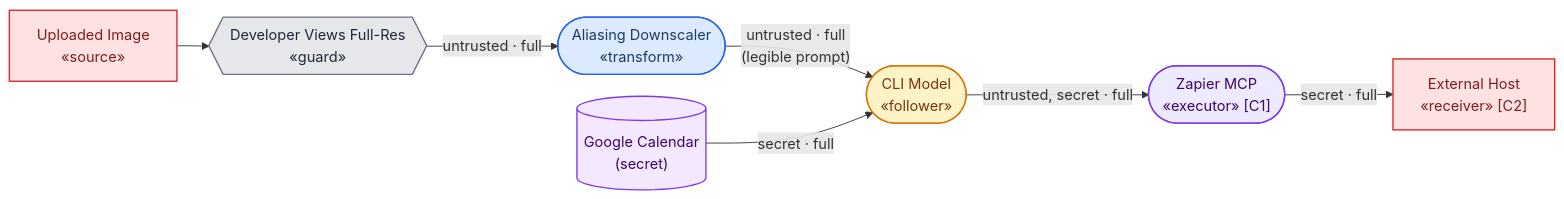
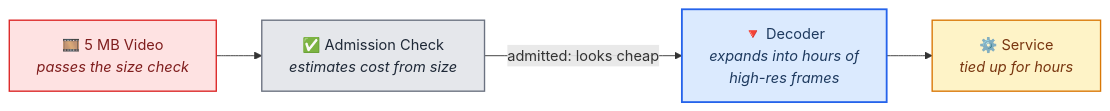
Before and after one commit to cosai-oasis/ws4-secure-design-agentic-systems: the eighth of 8 diagrams in whitepapers/modality_agnostic_taxonomy.md, drawn with Mermaid. The commit also changed other lines of this file, not shown here.

````diff
--- a/whitepapers/modality_agnostic_taxonomy.md
+++ b/whitepapers/modality_agnostic_taxonomy.md
@@ -937,17 +437,14 @@
 ```mermaid
-%%{init: {"flowchart": {"nodeSpacing": 24, "rankSpacing": 35}}}%%
 flowchart LR
-    SRC["Uploaded Image<br/>«source»"]:::src --> USR{{"Developer Views Full-Res<br/>«guard»"}}:::guard
-    USR -- "untrusted · full" --> DSC(["Aliasing Downscaler<br/>«transform»"]):::xform
-    DSC -- "untrusted · full<br/>(legible prompt)" --> LLM(["CLI Model<br/>«follower»"]):::follower
-    CAL[("Google Calendar<br/>(secret)")]:::store -- "secret · full" --> LLM
-    LLM -- "untrusted, secret · full" --> MCP(["Zapier MCP<br/>«executor» [C1]"]):::executor
-    MCP -- "secret · full" --> EXT["External Host<br/>«receiver» [C2]"]:::src
+    VID["🎞️ 5 MB Video<br/><i>passes the size check</i>"]:::src
+    ADM["✅ Admission Check<br/><i>estimates cost from size</i>"]:::guard
+    DEC["🔻 Decoder<br/><i>expands into hours of<br/>high-res frames</i>"]:::xform
+    SVC["⚙️ Service<br/><i>tied up for hours</i>"]:::follower
+
+    VID --> ADM -- "admitted: looks cheap" --> DEC --> SVC
 
     classDef src fill:#fee2e2,stroke:#dc2626,stroke-width:1.5px,color:#7f1d1d
     classDef guard fill:#e5e7eb,stroke:#6b7280,stroke-width:1.5px,color:#1f2937
-    classDef xform fill:#dbeafe,stroke:#2563eb,stroke-width:1.5px,color:#1e3a5f
+    classDef xform fill:#dbeafe,stroke:#2563eb,stroke-width:2px,color:#1e3a5f
     classDef follower fill:#fef3c7,stroke:#d97706,stroke-width:1.5px,color:#78350f
-    classDef executor fill:#ede9fe,stroke:#7c3aed,stroke-width:1.5px,color:#3b0764
-    classDef store fill:#f3e8ff,stroke:#7c3aed,stroke-width:1.5px,color:#3b0764
 ```
````
